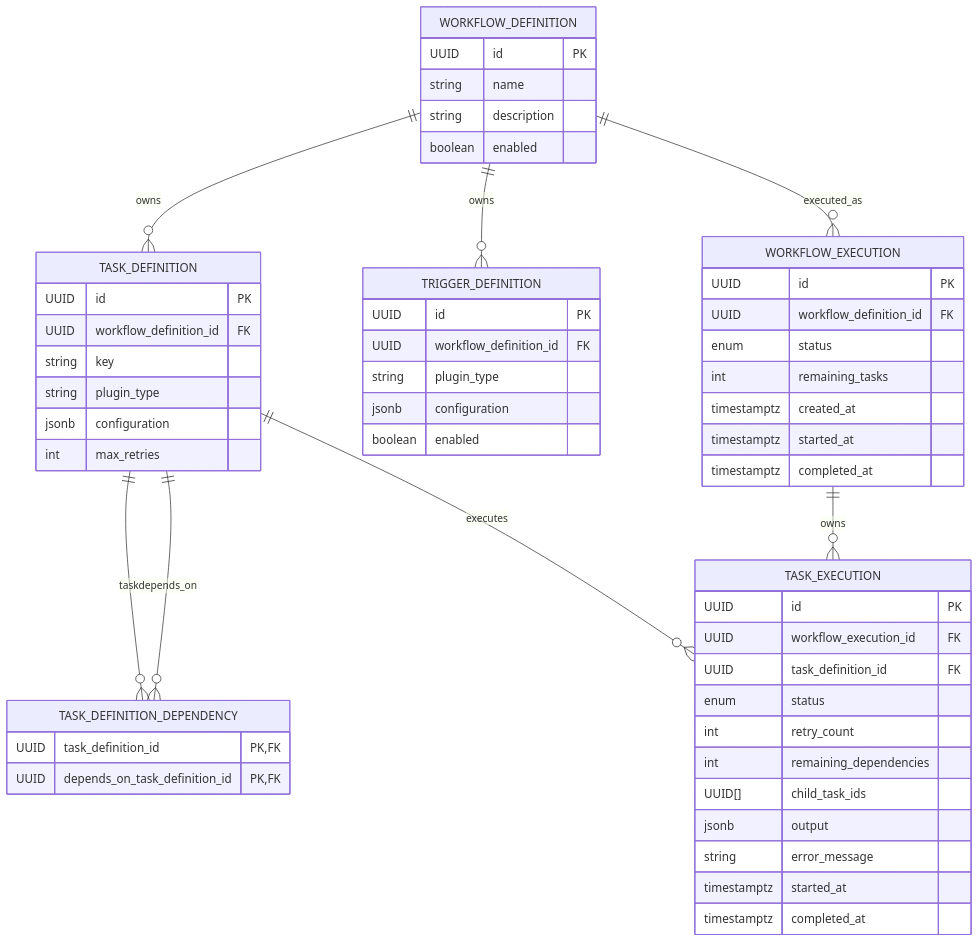
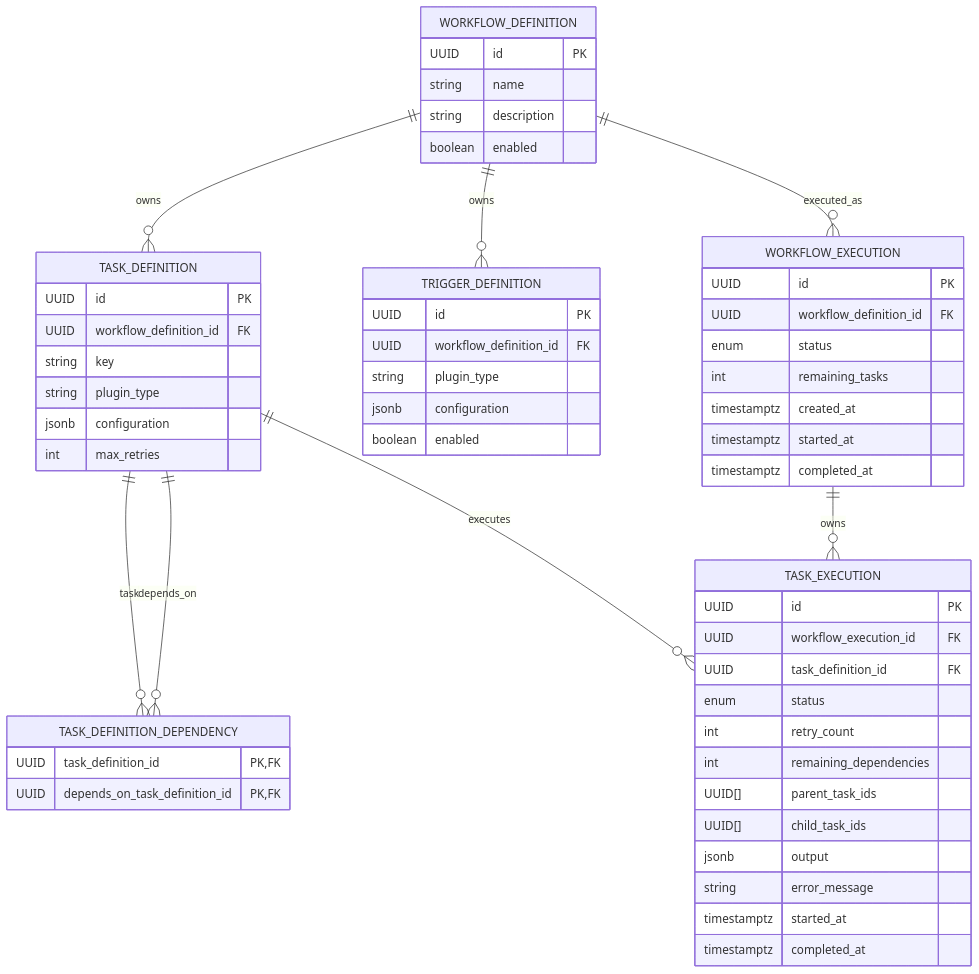
One commit to Devin8407/Automation-Platform changed the diagram in docs/architecture/database-schema.md. Above: the diagram before and after it, drawn with Mermaid. The commit also changed 5 other files, not shown here.

Commit message:
Gave Task Executions Parent IDs

````diff
--- a/docs/architecture/database-schema.md
+++ b/docs/architecture/database-schema.md
@@ -38,76 +38,77 @@
 ```mermaid
 erDiagram
 
     WORKFLOW_DEFINITION {
 
         UUID id PK
         string name
         string description
         boolean enabled
     }
 
     TASK_DEFINITION {
 
         UUID id PK
         UUID workflow_definition_id FK
         string key
         string plugin_type
         jsonb configuration
         int max_retries
     }
 
     TASK_DEFINITION_DEPENDENCY {
 
         UUID task_definition_id PK,FK
         UUID depends_on_task_definition_id PK,FK
     }
 
     TRIGGER_DEFINITION {
 
         UUID id PK
         UUID workflow_definition_id FK
         string plugin_type
         jsonb configuration
         boolean enabled
     }
 
     WORKFLOW_EXECUTION {
 
         UUID id PK
         UUID workflow_definition_id FK
         enum status
         int remaining_tasks
         timestamptz created_at
         timestamptz started_at
         timestamptz completed_at
     }
 
     TASK_EXECUTION {
 
         UUID id PK
         UUID workflow_execution_id FK
         UUID task_definition_id FK
         enum status
         int retry_count
         int remaining_dependencies
+        UUID[] parent_task_ids
         UUID[] child_task_ids
         jsonb output
         string error_message
         timestamptz started_at
         timestamptz completed_at
     }
 
     WORKFLOW_DEFINITION ||--o{ TASK_DEFINITION : owns
 
     WORKFLOW_DEFINITION ||--o{ TRIGGER_DEFINITION : owns
 
     TASK_DEFINITION ||--o{ TASK_DEFINITION_DEPENDENCY : task
 
     TASK_DEFINITION ||--o{ TASK_DEFINITION_DEPENDENCY : depends_on
 
     WORKFLOW_DEFINITION ||--o{ WORKFLOW_EXECUTION : executed_as
 
     WORKFLOW_EXECUTION ||--o{ TASK_EXECUTION : owns
 
     TASK_DEFINITION ||--o{ TASK_EXECUTION : executes
 ```
````
